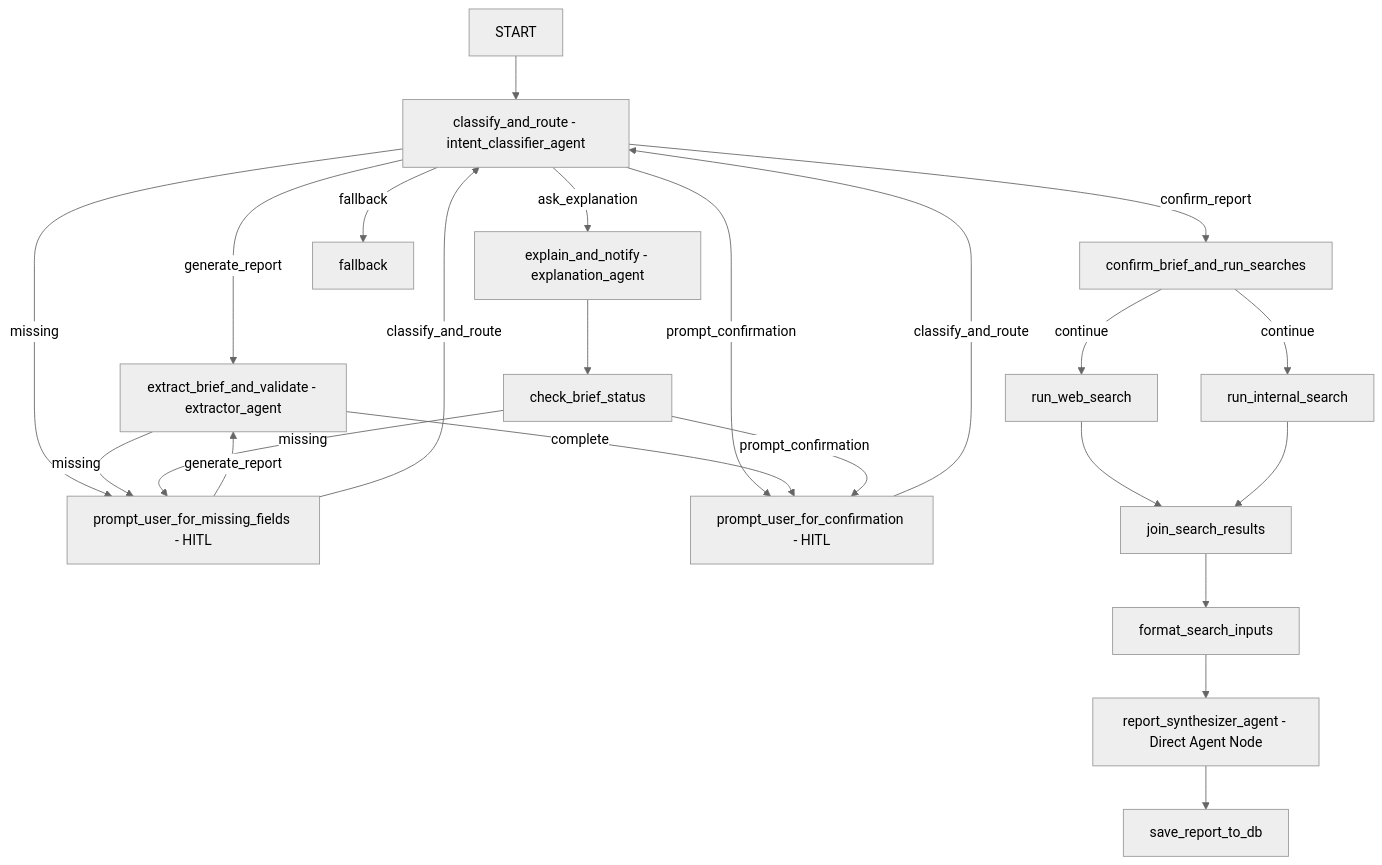
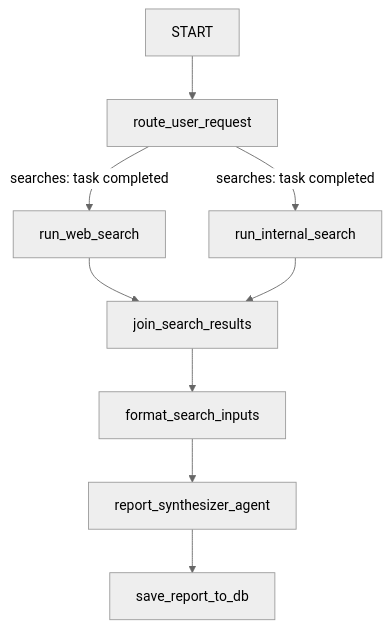
Before and after one commit to lucieyxu/adk-graph-example: the diagram in README.md, drawn with Mermaid (neutral theme). The commit also changed other lines of this file and 10 other files, not shown here.

Commit message:
Use task mode instead of manual HITL for validation subagent

````diff
--- a/README.md
+++ b/README.md
@@ -73,25 +72,11 @@
 ```mermaid
 graph TD
-    START[START] --> classify[classify_and_route - intent_classifier_agent]
-    classify -->|generate_report| extract[extract_brief_and_validate - extractor_agent]
-    classify -->|confirm_report| confirm_run[confirm_brief_and_run_searches]
-    classify -->|ask_explanation| explain[explain_and_notify - explanation_agent]
-    classify -->|missing| prompt_missing[prompt_user_for_missing_fields - HITL]
-    classify -->|prompt_confirmation| prompt_confirm[prompt_user_for_confirmation - HITL]
-    classify -->|fallback| fb[fallback]
-    extract -->|missing| prompt_missing
-    extract -->|complete| prompt_confirm
-    prompt_missing -->|generate_report| extract
-    prompt_missing -->|classify_and_route| classify
-    prompt_confirm -->|classify_and_route| classify
-    explain --> check_status[check_brief_status]
-    check_status -->|missing| prompt_missing
-    check_status -->|prompt_confirmation| prompt_confirm
-    confirm_run -->|continue| web[run_web_search]
-    confirm_run -->|continue| internal[run_internal_search]
+    START[START] --> route[route_user_request]
+    route -->|searches: task completed| web[run_web_search]
+    route -->|searches: task completed| internal[run_internal_search]
     web --> join_res[join_search_results]
     internal --> join_res
     join_res --> format[format_search_inputs]
-    format --> synthesizer[report_synthesizer_agent - Direct Agent Node]
+    format --> synthesizer[report_synthesizer_agent]
     synthesizer --> save[save_report_to_db]
 ```
````
